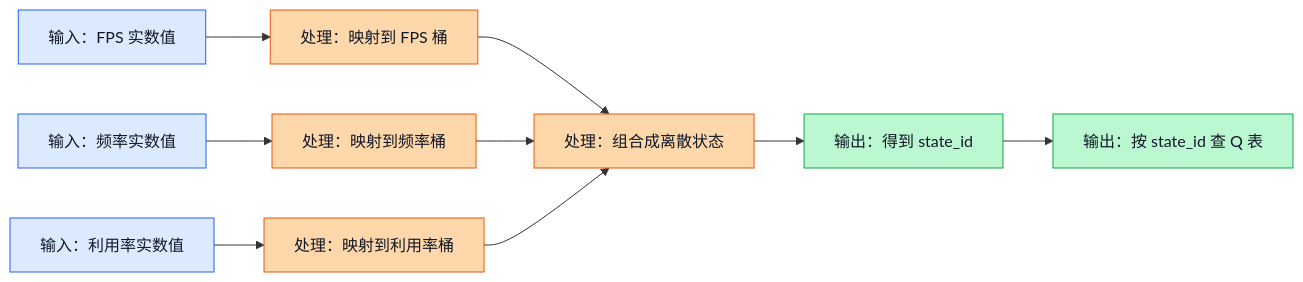
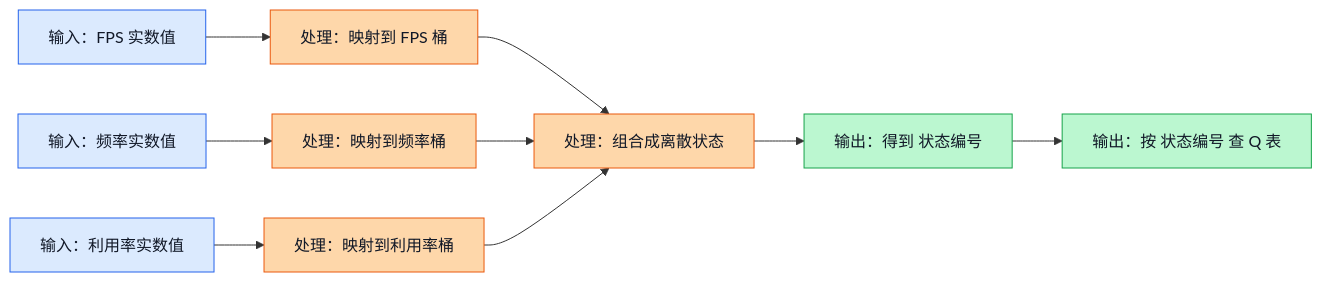
Before and after one commit to Mrphase/RL-Doc: the fourth of 5 diagrams in learn/07_Tabular_Q_Learning.md, drawn with Mermaid. The commit also changed other lines of this file and 14 other files, not shown here.

First line of the commit message:
fix: clean mermaid labels in learn docs

````diff
--- a/learn/07_Tabular_Q_Learning.md
+++ b/learn/07_Tabular_Q_Learning.md
@@ -516,19 +516,19 @@
 ```mermaid
 flowchart LR
     X1[输入：FPS 实数值] --> B1[处理：映射到 FPS 桶]
     X2[输入：频率实数值] --> B2[处理：映射到频率桶]
     X3[输入：利用率实数值] --> B3[处理：映射到利用率桶]
     B1 --> C[处理：组合成离散状态]
     B2 --> C
     B3 --> C
-    C --> ID[输出：得到 state_id]
-    ID --> Q[输出：按 state_id 查 Q 表]
+    C --> ID[输出：得到 状态编号]
+    ID --> Q[输出：按 状态编号 查 Q 表]
 
     classDef input fill:#dbeafe,stroke:#2563eb,color:#111827;
     classDef process fill:#fed7aa,stroke:#ea580c,color:#111827;
     classDef output fill:#bbf7d0,stroke:#16a34a,color:#111827;
 
     class X1,X2,X3 input;
     class B1,B2,B3,C process;
     class ID,Q output;
 ```
````
